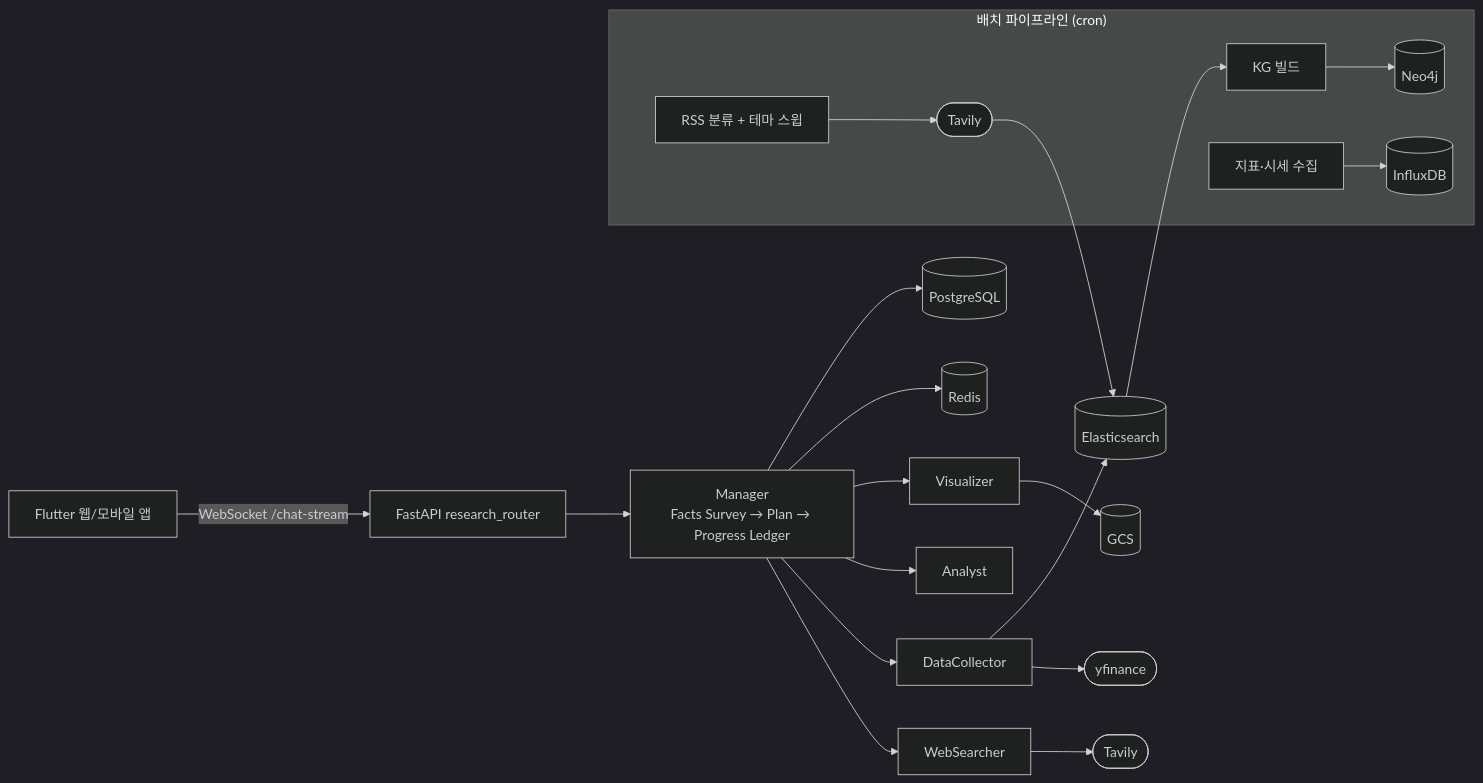
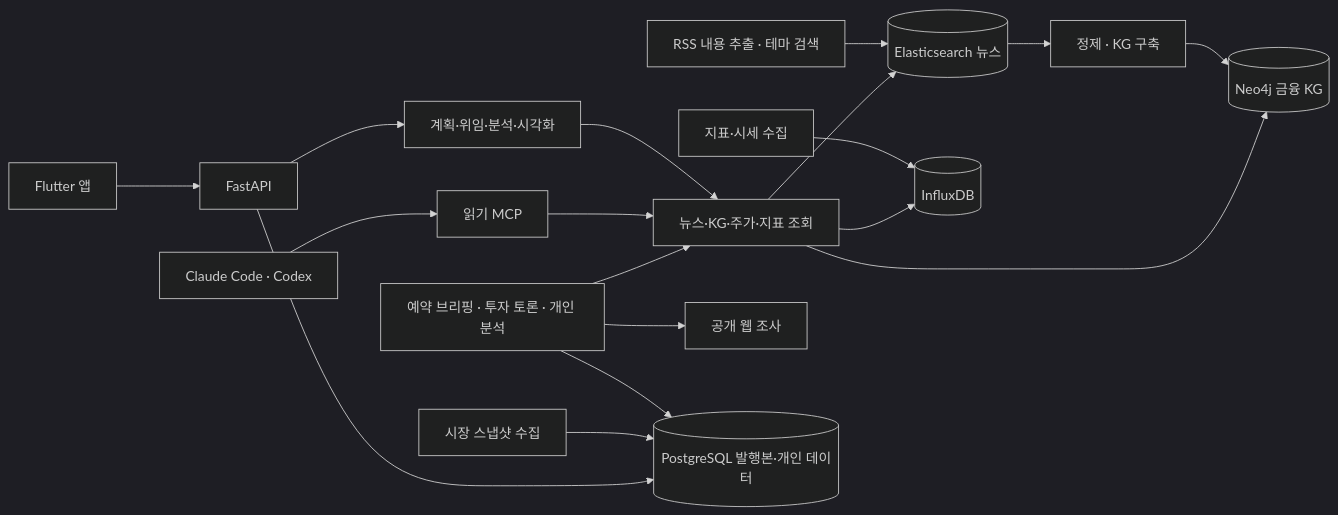
One commit to gusalsdmlwlq/gusalsdmlwlq.github.io changed the diagram in _projects/investment-agent.md. Above: the diagram before and after it, drawn with Mermaid (dark theme). The commit also changed other lines of this file and 6 other files, not shown here.

````diff
--- a/_projects/investment-agent.md
+++ b/_projects/investment-agent.md
@@ -68,22 +68,20 @@
 ```mermaid
 flowchart LR
-  APP["Flutter 웹/모바일 앱"] -->|"WebSocket /chat-stream"| R["FastAPI research_router"]
-  R --> M["Manager<br/>Facts Survey → Plan → Progress Ledger"]
-  M --> WS["WebSearcher"]
-  M --> DC["DataCollector"]
-  M --> AN["Analyst"]
-  M --> VZ["Visualizer"]
-  WS --> TAV(["Tavily"])
-  DC --> YF(["yfinance"])
-  DC --> ES[("Elasticsearch")]
-  VZ --> GCS[("GCS")]
-  M --> RD[("Redis")]
-  M --> PG[("PostgreSQL")]
-  subgraph PIPE["배치 파이프라인 (cron)"]
-    RSS["RSS 분류 + 테마 스윕"] --> TAV2(["Tavily"])
-    KGB["KG 빌드"] --> NEO[("Neo4j")]
-    IND["지표·시세 수집"] --> INF[("InfluxDB")]
-  end
-  TAV2 --> ES
-  ES --> KGB
+  APP["Flutter 앱"] --> API["FastAPI"]
+  API --> CHAT["계획·위임·분석·시각화"]
+  CHAT --> SEARCH["뉴스·KG·주가·지표 조회"]
+  CLI["Claude Code · Codex"] --> MCP["읽기 MCP"]
+  MCP --> SEARCH
+  NEWS["RSS 내용 추출 · 테마 검색"] --> ES[("Elasticsearch 뉴스")]
+  ES --> BUILD["정제 · KG 구축"]
+  BUILD --> KG[("Neo4j 금융 KG")]
+  IND["지표·시세 수집"] --> TS[("InfluxDB")]
+  SEARCH --> ES
+  SEARCH --> KG
+  SEARCH --> TS
+  WORKER["예약 브리핑 · 투자 토론 · 개인 분석"] --> SEARCH
+  WORKER --> WEB["공개 웹 조사"]
+  WORKER --> PG[("PostgreSQL 발행본·개인 데이터")]
+  MARKET["시장 스냅샷 수집"] --> PG
+  API --> PG
 ```
````
